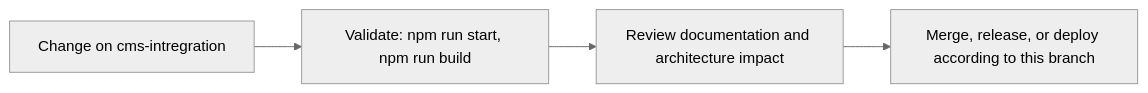
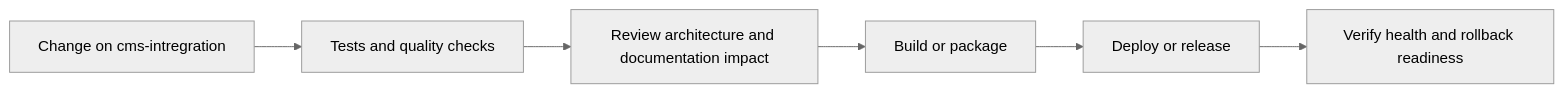
The fifth of 6 diagrams in README.md (Nischhalsubba/hamro_idea_website), drawn with Mermaid (neutral theme) before and after one commit. The commit also changed other lines of this file, not shown here.

````diff
--- a/README.md
+++ b/README.md
@@ -72,8 +173,8 @@
 ```mermaid
 flowchart LR
-    CHANGE["Change on cms-intregration"]
-    CHECK["Validate: npm run start, npm run build"]
-    REVIEW["Review documentation and architecture impact"]
-    RELEASE["Merge, release, or deploy according to this branch"]
-    CHANGE --> CHECK --> REVIEW --> RELEASE
+    CHANGE["Change on cms-intregration"] --> CHECK["Tests and quality checks"]
+    CHECK --> REVIEW["Review architecture and documentation impact"]
+    REVIEW --> BUILD["Build or package"]
+    BUILD --> DEPLOY["Deploy or release"]
+    DEPLOY --> VERIFY["Verify health and rollback readiness"]
 ```
````
